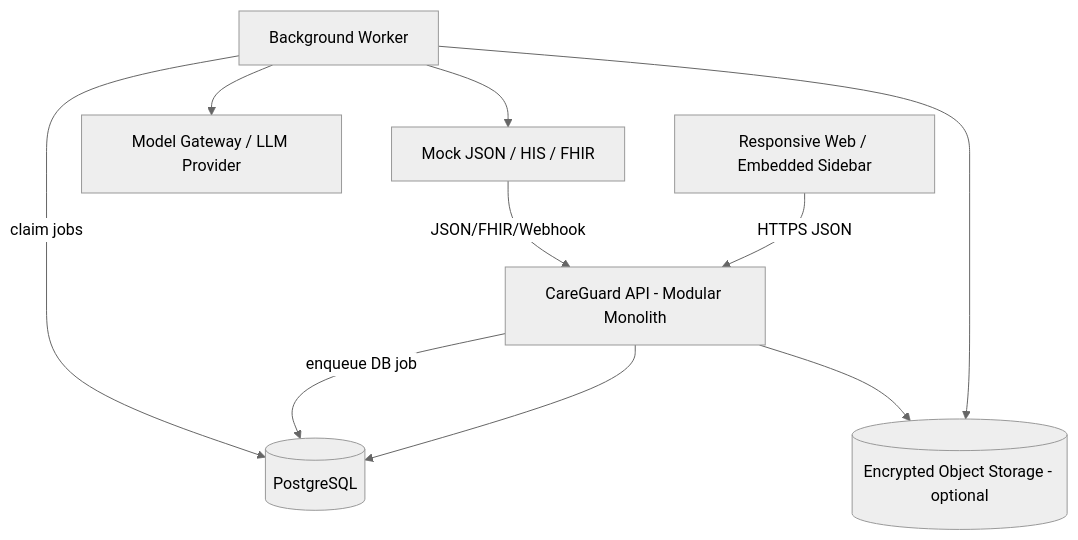
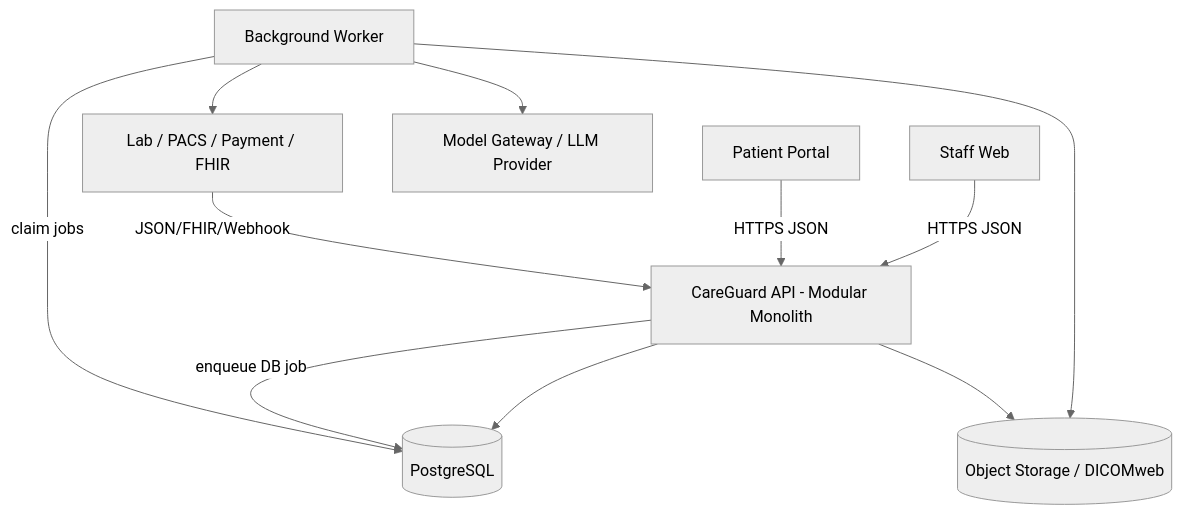
One commit to tbmdemi/EnterEngineering changed the second of 5 diagrams in architecture.md. Above: the diagram before and after it, drawn with Mermaid (neutral theme). The commit also changed other lines of this file and 2 other files, not shown here.

````diff
--- a/architecture.md
+++ b/architecture.md
@@ -35,20 +37,22 @@
 ```mermaid
 flowchart TB
-    Browser[Responsive Web / Embedded Sidebar]
+    Browser[Staff Web]
+    Portal[Patient Portal]
     API[CareGuard API - Modular Monolith]
     Worker[Background Worker]
     DB[(PostgreSQL)]
-    Object[(Encrypted Object Storage - optional)]
     LLM[Model Gateway / LLM Provider]
-    Source[Mock JSON / HIS / FHIR]
+    Object[(Object Storage / DICOMweb)]
+    Source[Lab / PACS / Payment / FHIR]
 
     Browser -->|HTTPS JSON| API
+    Portal -->|HTTPS JSON| API
     Source -->|JSON/FHIR/Webhook| API
     API --> DB
     API -->|enqueue DB job| DB
     Worker -->|claim jobs| DB
     Worker --> LLM
     Worker --> Source
     Worker --> Object
     API --> Object
 ```
````
